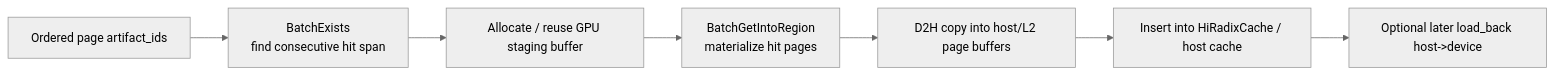
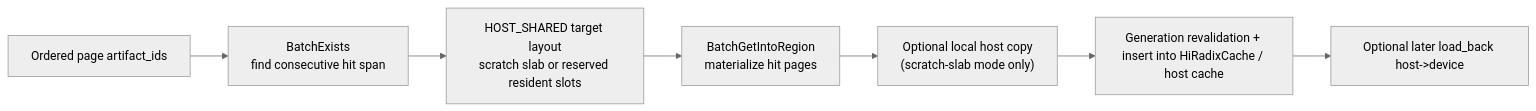
Before and after one commit to tensorcast-ai/sglang: the eighth of 24 diagrams in docs/tensorcast/tensorcast_kv_integration.md, drawn with Mermaid (neutral theme). The commit also changed other lines of this file and 19 other files, not shown here.

First line of the commit message:
feat: add allocator-backed HOST_SHARED Tensorcast HiCache residency (Phase B)

````diff
--- a/docs/tensorcast/tensorcast_kv_integration.md
+++ b/docs/tensorcast/tensorcast_kv_integration.md
@@ -664,17 +663,17 @@
 ```mermaid
 flowchart LR
     A["Ordered page artifact_ids"]
     B["BatchExists<br/>find consecutive hit span"]
-    C["Allocate / reuse GPU staging buffer"]
+    C["HOST_SHARED target layout<br/>scratch slab or reserved resident slots"]
     D["BatchGetIntoRegion<br/>materialize hit pages"]
-    E["D2H copy into host/L2 page buffers"]
-    F["Insert into HiRadixCache / host cache"]
+    E["Optional local host copy<br/>(scratch-slab mode only)"]
+    F["Generation revalidation + insert into HiRadixCache / host cache"]
     G["Optional later load_back host->device"]
 
     A --> B
     B --> C
     C --> D
     D --> E
     E --> F
     F --> G
 ```
````
